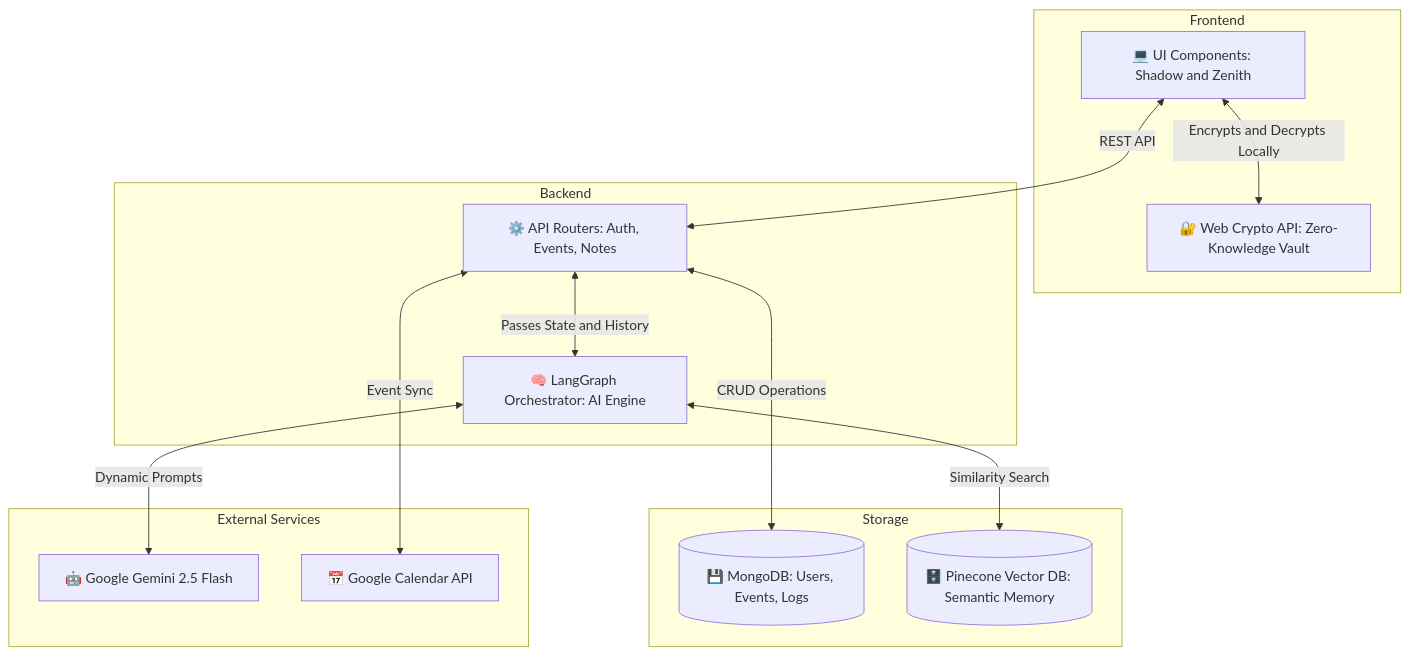
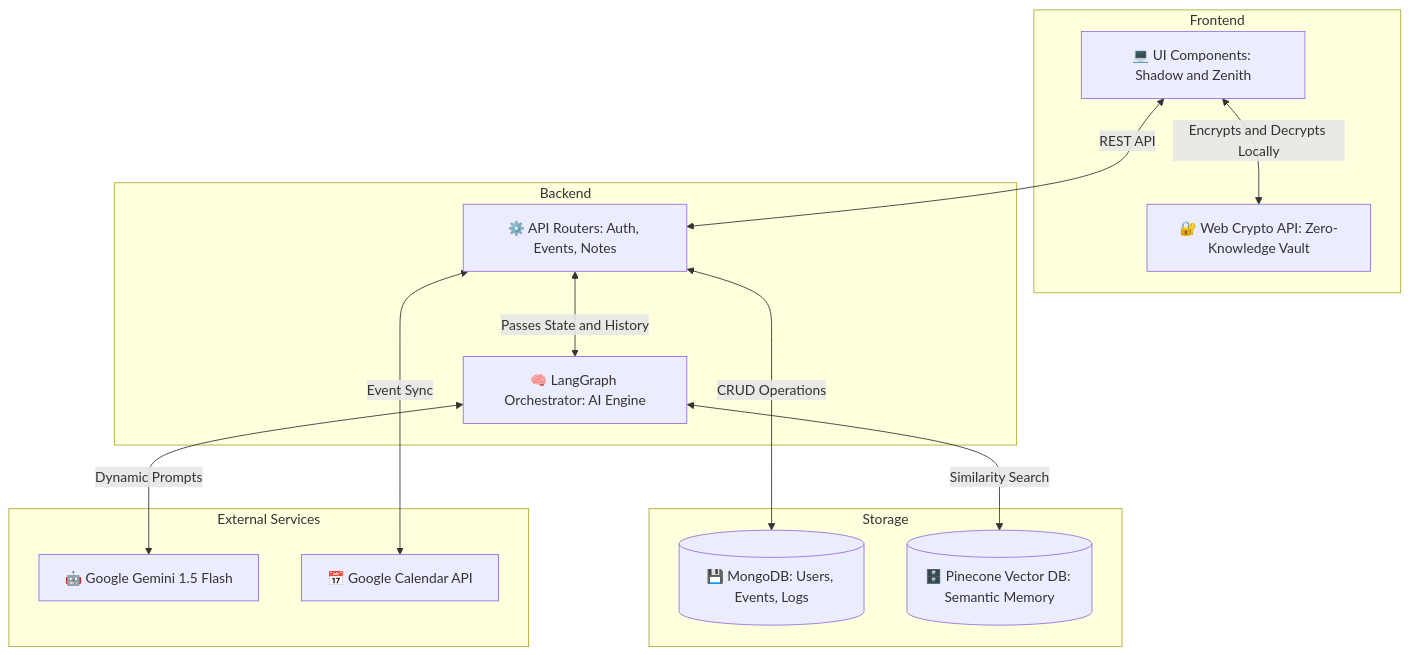
Before and after one commit to pgauin01/shadow: the diagram in README.md, drawn with Mermaid. The commit also changed other lines of this file, not shown here.

````diff
--- a/README.md
+++ b/README.md
@@ -47,30 +47,30 @@
 ```mermaid
 flowchart TD
     subgraph Frontend
         UI[💻 UI Components: Shadow and Zenith]
         Crypto[🔐 Web Crypto API: Zero-Knowledge Vault]
         UI <-->|Encrypts and Decrypts Locally| Crypto
     end
 
     subgraph Backend
         API[⚙️ API Routers: Auth, Events, Notes]
         Graph[🧠 LangGraph Orchestrator: AI Engine]
         API <-->|Passes State and History| Graph
     end
 
     subgraph Storage
         Mongo[(💾 MongoDB: Users, Events, Logs)]
         Pinecone[(🗄️ Pinecone Vector DB: Semantic Memory)]
     end
 
     subgraph External Services
-        Gemini[🤖 Google Gemini 2.5 Flash]
+        Gemini[🤖 Google Gemini 1.5 Flash]
         GCal[📅 Google Calendar API]
     end
 
     UI <-->|REST API| API
     API <-->|CRUD Operations| Mongo
     API <-->|Event Sync| GCal
     Graph <-->|Dynamic Prompts| Gemini
     Graph <-->|Similarity Search| Pinecone
 ```
````
